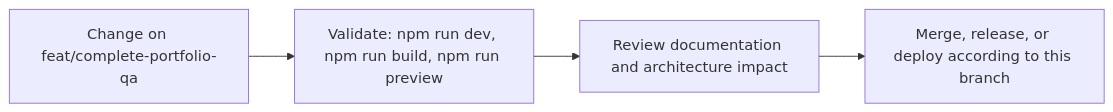
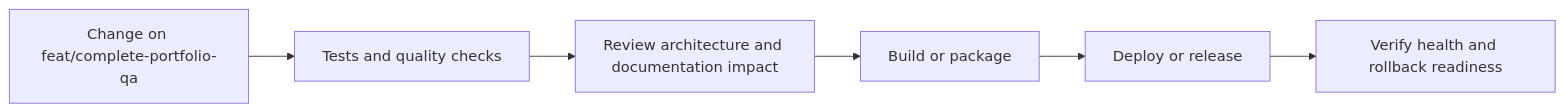
Before and after one commit to Nischhalsubba/nischhalsubba.com.np: the seventh of 8 diagrams in README.md, drawn with Mermaid. The commit also changed other lines of this file, not shown here.

````diff
--- a/README.md
+++ b/README.md
@@ -86,8 +223,8 @@
 ```mermaid
 flowchart LR
-    CHANGE["Change on feat/complete-portfolio-qa"]
-    CHECK["Validate: npm run dev, npm run build, npm run preview"]
-    REVIEW["Review documentation and architecture impact"]
-    RELEASE["Merge, release, or deploy according to this branch"]
-    CHANGE --> CHECK --> REVIEW --> RELEASE
+    CHANGE["Change on feat/complete-portfolio-qa"] --> CHECK["Tests and quality checks"]
+    CHECK --> REVIEW["Review architecture and documentation impact"]
+    REVIEW --> BUILD["Build or package"]
+    BUILD --> DEPLOY["Deploy or release"]
+    DEPLOY --> VERIFY["Verify health and rollback readiness"]
 ```
````
